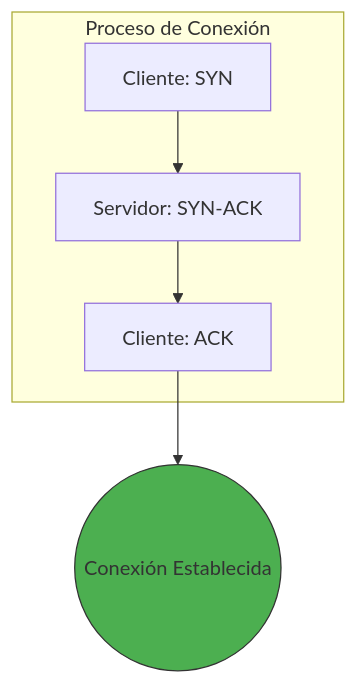
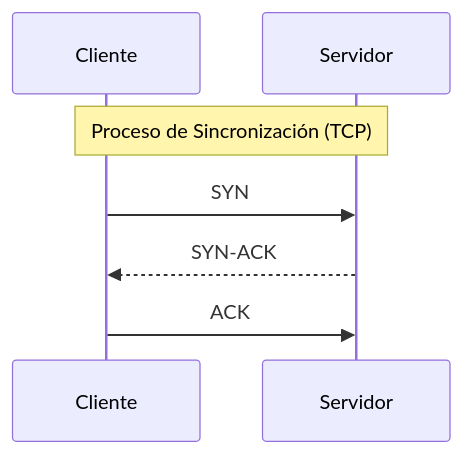
One commit to F3l1P2/Seguridad-de-datos- changed the diagram in README.md. Above: the diagram before and after it, drawn with Mermaid. The commit also changed other lines of this file, not shown here.

````diff
--- a/README.md
+++ b/README.md
@@ -41,10 +73,10 @@
 ```mermaid
-graph TD
-    subgraph Proceso de Conexión
-    A[Cliente: SYN] --> B[Servidor: SYN-ACK]
-    B --> C[Cliente: ACK]
-    end
-    C --> D((Conexión Establecida))
-    style D fill:#4CAF50,stroke:#333
+sequenceDiagram
+    participant Cliente
+    participant Servidor
+    Note over Cliente, Servidor: Proceso de Sincronización (TCP)
+    Cliente->>Servidor: SYN
+    Servidor-->>Cliente: SYN-ACK
+    Cliente->>Servidor: ACK
 
 ```
````
